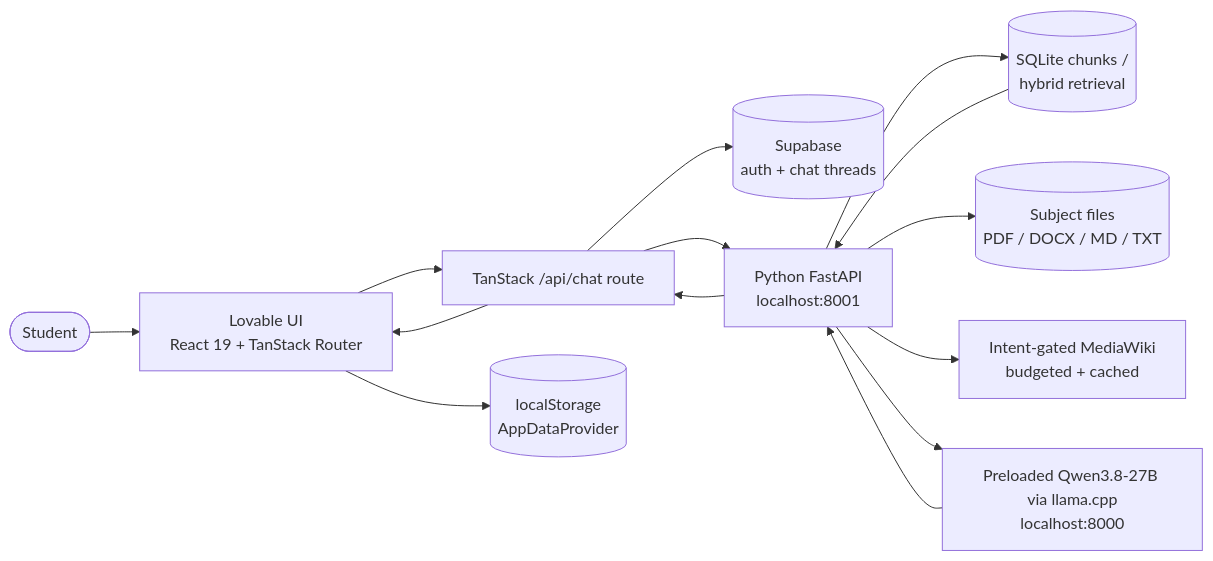
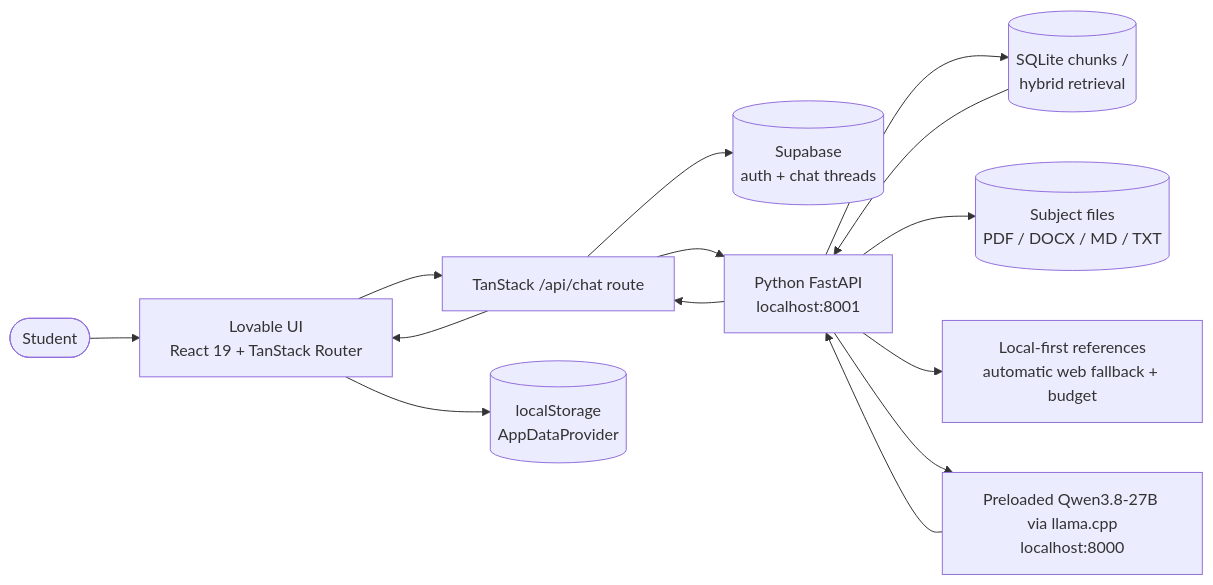
Before and after one commit to keyshavmor/study-swiss-star: the diagram in lovabledocs/FRONTEND_ARCHITECTURE.md, drawn with Mermaid. The commit also changed 28 other files, not shown here.

````diff
--- a/lovabledocs/FRONTEND_ARCHITECTURE.md
+++ b/lovabledocs/FRONTEND_ARCHITECTURE.md
@@ -133,16 +133,16 @@
 ```mermaid
 graph LR
     Student([Student]) --> UI[Lovable UI<br/>React 19 + TanStack Router]
     UI --> SF[TanStack /api/chat route]
     SF --> SB[(Supabase<br/>auth + chat threads)]
     SF --> PY[Python FastAPI<br/>localhost:8001]
     PY --> RAG[(SQLite chunks /<br/>hybrid retrieval)]
     PY --> FILES[(Subject files<br/>PDF / DOCX / MD / TXT)]
-    PY --> WEB[Intent-gated MediaWiki<br/>budgeted + cached]
+    PY --> WEB[Local-first references<br/>automatic web fallback + budget]
     PY --> LLM[Preloaded Qwen3.8-27B via llama.cpp<br/>localhost:8000]
     RAG --> PY
     LLM --> PY
     PY --> SF
     SF --> UI
     UI --> LS[(localStorage<br/>AppDataProvider)]
 ```
````
